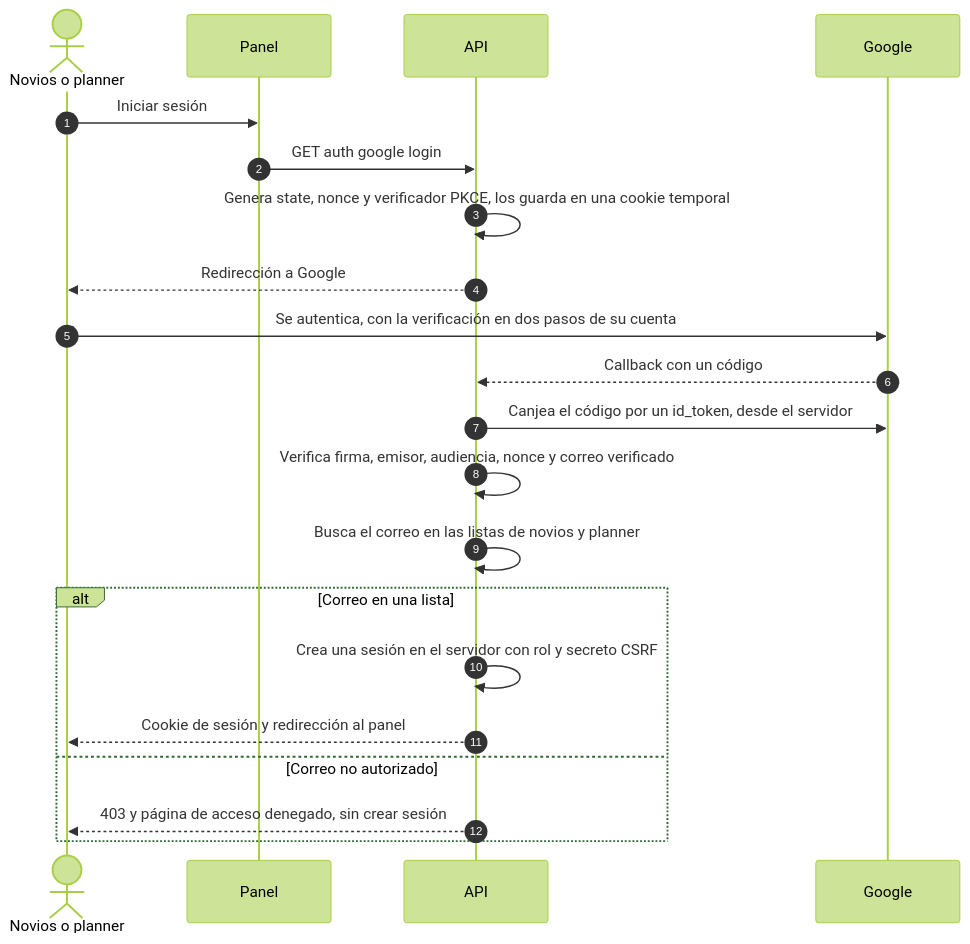
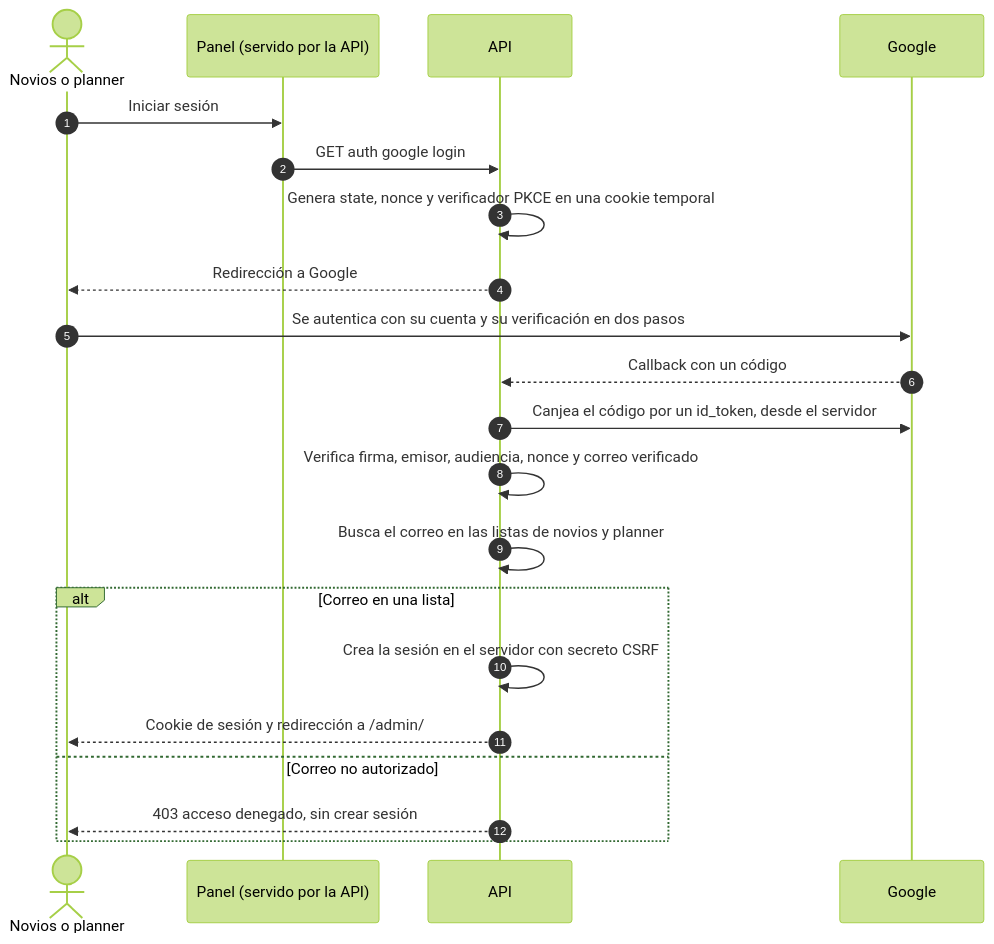
One commit to Mayra-ux/ma-wedding changed the diagram in docs/architecture/06-autenticacion-autorizacion.md. Above: the diagram before and after it, drawn with Mermaid (forest theme). The commit also changed other lines of this file and 26 other files, not shown here.

````diff
--- a/docs/architecture/06-autenticacion-autorizacion.md
+++ b/docs/architecture/06-autenticacion-autorizacion.md
@@ -23,24 +24,24 @@
 ```mermaid
 sequenceDiagram
   autonumber
   actor U as Novios o planner
-  participant P as Panel
+  participant P as Panel (servido por la API)
   participant A as API
   participant G as Google
 
   U->>P: Iniciar sesión
   P->>A: GET auth google login
-  A->>A: Genera state, nonce y verificador PKCE, los guarda en una cookie temporal
+  A->>A: Genera state, nonce y verificador PKCE en una cookie temporal
   A-->>U: Redirección a Google
-  U->>G: Se autentica, con la verificación en dos pasos de su cuenta
+  U->>G: Se autentica con su cuenta y su verificación en dos pasos
   G-->>A: Callback con un código
   A->>G: Canjea el código por un id_token, desde el servidor
   A->>A: Verifica firma, emisor, audiencia, nonce y correo verificado
   A->>A: Busca el correo en las listas de novios y planner
   alt Correo en una lista
-    A->>A: Crea una sesión en el servidor con rol y secreto CSRF
-    A-->>U: Cookie de sesión y redirección al panel
+    A->>A: Crea la sesión en el servidor con secreto CSRF
+    A-->>U: Cookie de sesión y redirección a /admin/
   else Correo no autorizado
-    A-->>U: 403 y página de acceso denegado, sin crear sesión
+    A-->>U: 403 acceso denegado, sin crear sesión
   end
 ```
````
